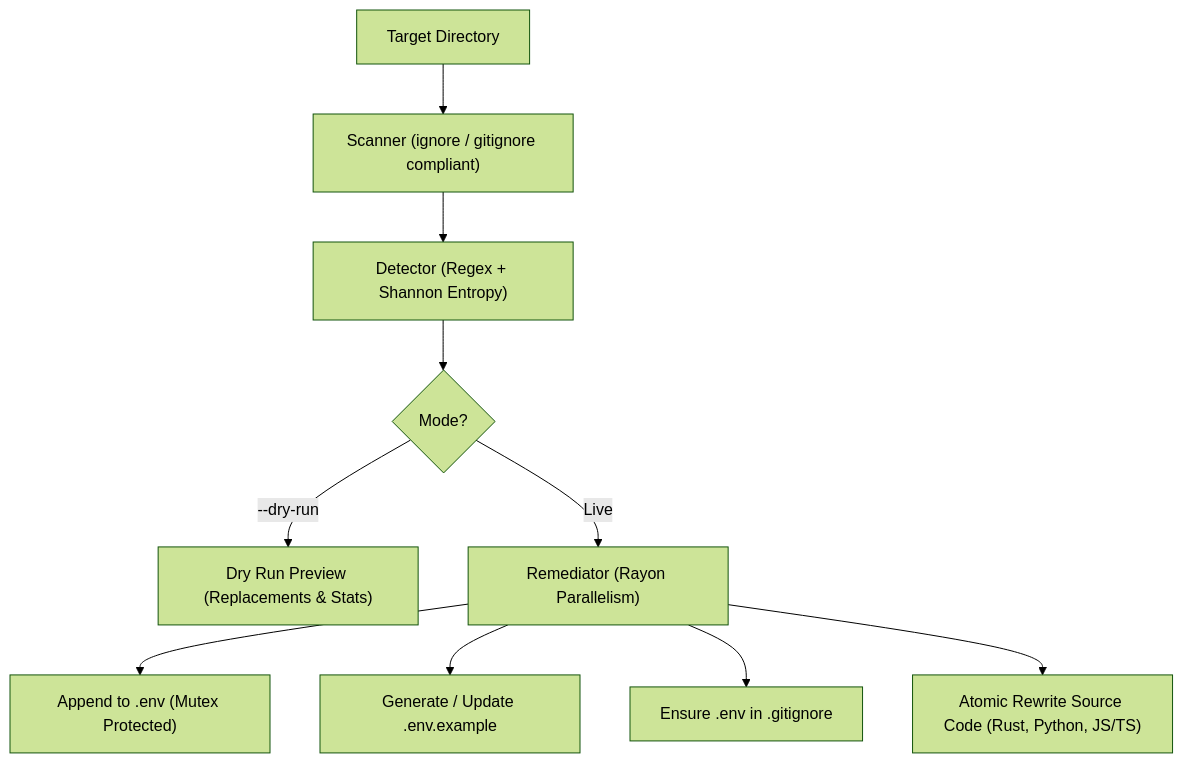
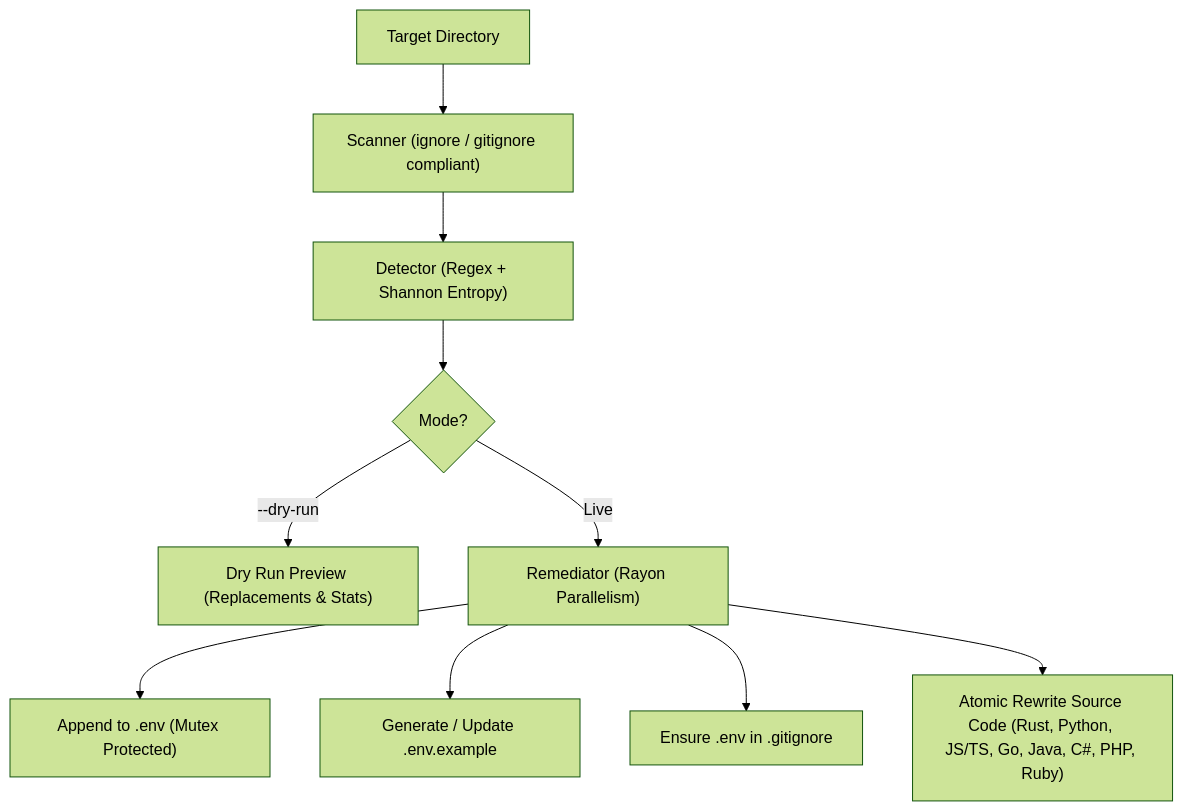
The diagram in README.md (EkanshTyagi7/SecretSentry), drawn with Mermaid (forest theme) before and after one commit. The commit also changed other lines of this file and 3 other files, not shown here.

Commit message:
feat: add Go, Java, C#, PHP, and Ruby source code remediation

````diff
--- a/README.md
+++ b/README.md
@@ -162,12 +167,12 @@
 ```mermaid
 flowchart TD
     A["Target Directory"] --> B["Scanner (ignore / gitignore compliant)"]
     B --> C["Detector (Regex + Shannon Entropy)"]
     C --> D{"Mode?"}
     D -- "--dry-run" --> E["Dry Run Preview (Replacements & Stats)"]
     D -- "Live" --> F["Remediator (Rayon Parallelism)"]
     F --> G["Append to .env (Mutex Protected)"]
     F --> H["Generate / Update .env.example"]
     F --> I["Ensure .env in .gitignore"]
-    F --> J["Atomic Rewrite Source Code (Rust, Python, JS/TS)"]
+    F --> J["Atomic Rewrite Source Code (Rust, Python, JS/TS, Go, Java, C#, PHP, Ruby)"]
 ```
````
